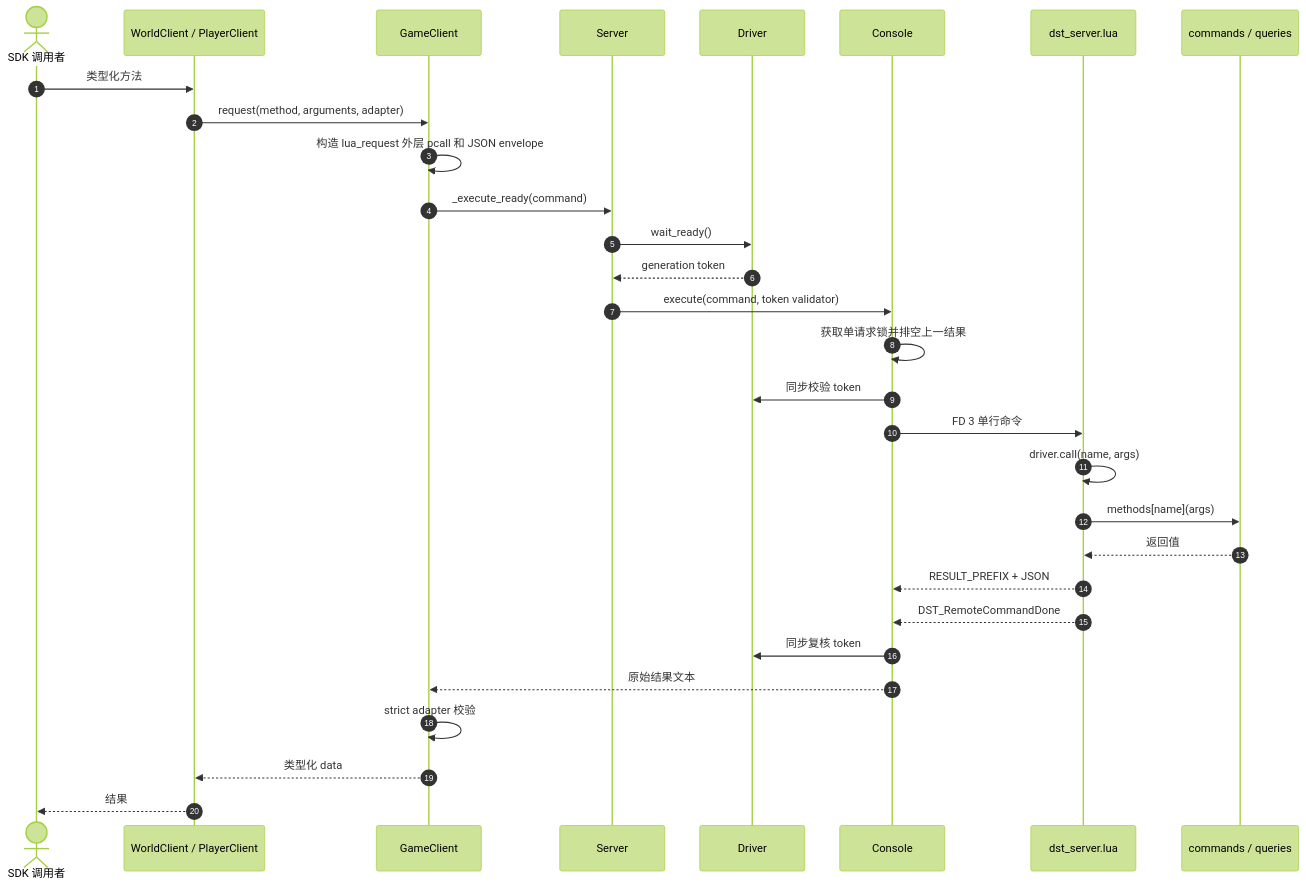
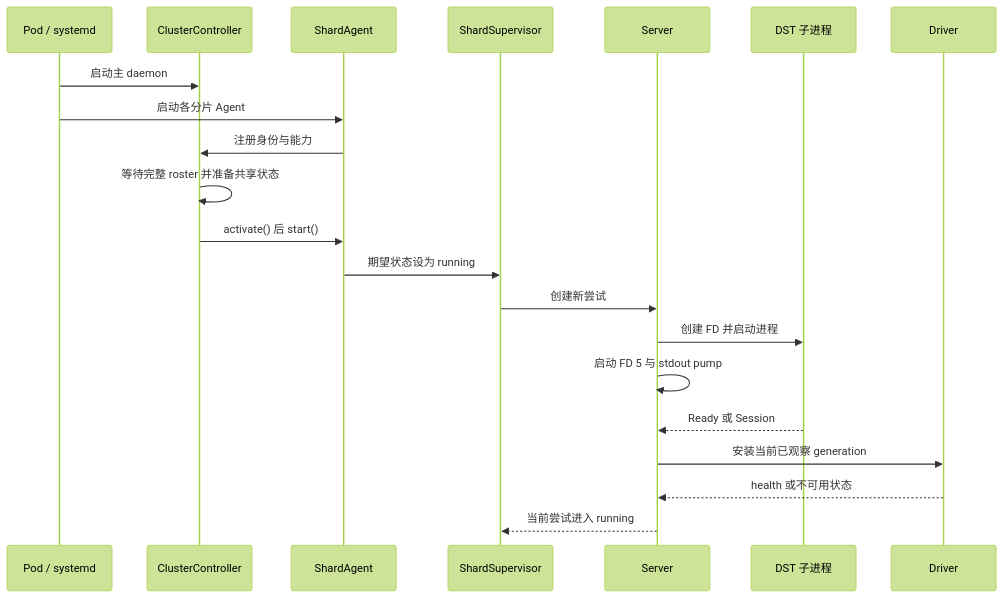
Before and after one commit to LetsStarveTogether/dst-server: the second of 2 diagrams in docs/python-sdk-telemetry-flow.md, drawn with Mermaid (forest theme). The commit also changed other lines of this file and 7 other files, not shown here.

Commit message:
docs: align guides with the master-controller architecture

````diff
--- a/docs/python-sdk-telemetry-flow.md
+++ b/docs/python-sdk-telemetry-flow.md
@@ -233,33 +38,24 @@
 ```mermaid
 sequenceDiagram
-    autonumber
-    actor Caller as SDK 调用者
-    participant Typed as WorldClient / PlayerClient
-    participant Game as GameClient
+    participant Pod as Pod / systemd
+    participant Controller as ClusterController
+    participant Agent as ShardAgent
+    participant Supervisor as ShardSupervisor
     participant Server
+    participant DST as DST 子进程
     participant Driver
-    participant Console
-    participant Lua as dst_server.lua
-    participant Method as commands / queries
 
-    Caller->>Typed: 类型化方法
-    Typed->>Game: request(method, arguments, adapter)
-    Game->>Game: 构造 lua_request 外层 pcall 和 JSON envelope
-    Game->>Server: _execute_ready(command)
-    Server->>Driver: wait_ready()
-    Driver-->>Server: generation token
-    Server->>Console: execute(command, token validator)
-    Console->>Console: 获取单请求锁并排空上一结果
-    Console->>Driver: 同步校验 token
-    Console->>Lua: FD 3 单行命令
-    Lua->>Lua: driver.call(name, args)
-    Lua->>Method: methods[name](args)
-    Method-->>Lua: 返回值
-    Lua-->>Console: RESULT_PREFIX + JSON
-    Lua-->>Console: DST_RemoteCommandDone
-    Console->>Driver: 同步复核 token
-    Console-->>Game: 原始结果文本
-    Game->>Game: strict adapter 校验
-    Game-->>Typed: 类型化 data
-    Typed-->>Caller: 结果
+    Pod->>Controller: 启动主 daemon
+    Pod->>Agent: 启动各分片 Agent
+    Agent->>Controller: 注册身份与能力
+    Controller->>Controller: 等待完整 roster 并准备共享状态
+    Controller->>Agent: activate() 后 start()
+    Agent->>Supervisor: 期望状态设为 running
+    Supervisor->>Server: 创建新尝试
+    Server->>DST: 创建 FD 并启动进程
+    Server->>Server: 启动 FD 5 与 stdout pump
+    DST-->>Server: Ready 或 Session
+    Server->>Driver: 安装当前已观察 generation
+    Driver-->>Server: health 或不可用状态
+    Server-->>Supervisor: 当前尝试进入 running
 ```
````
